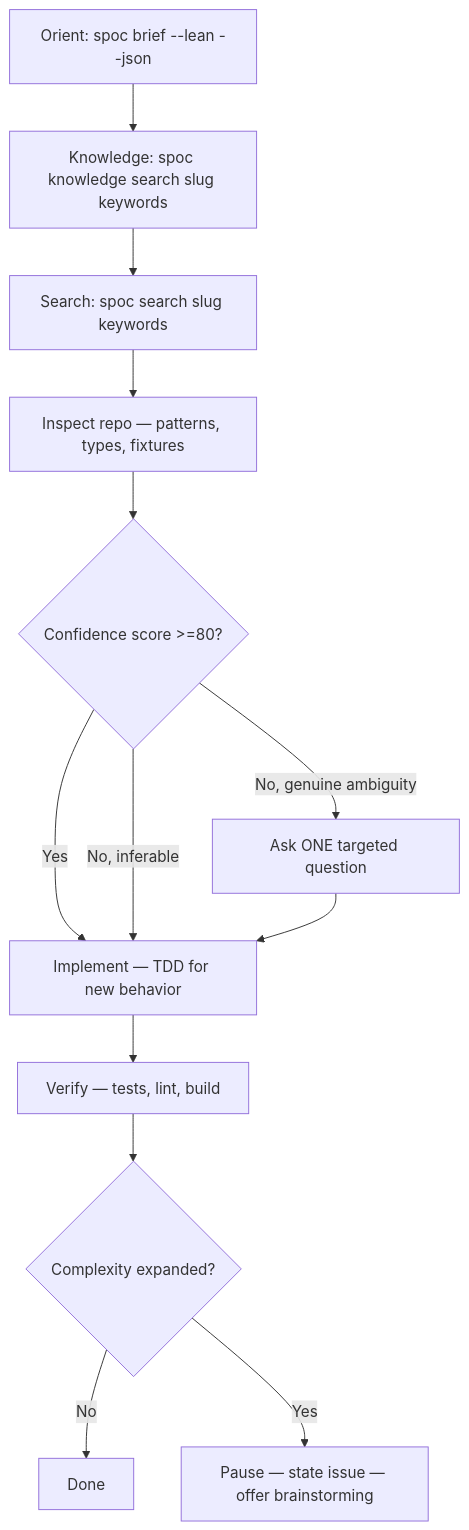
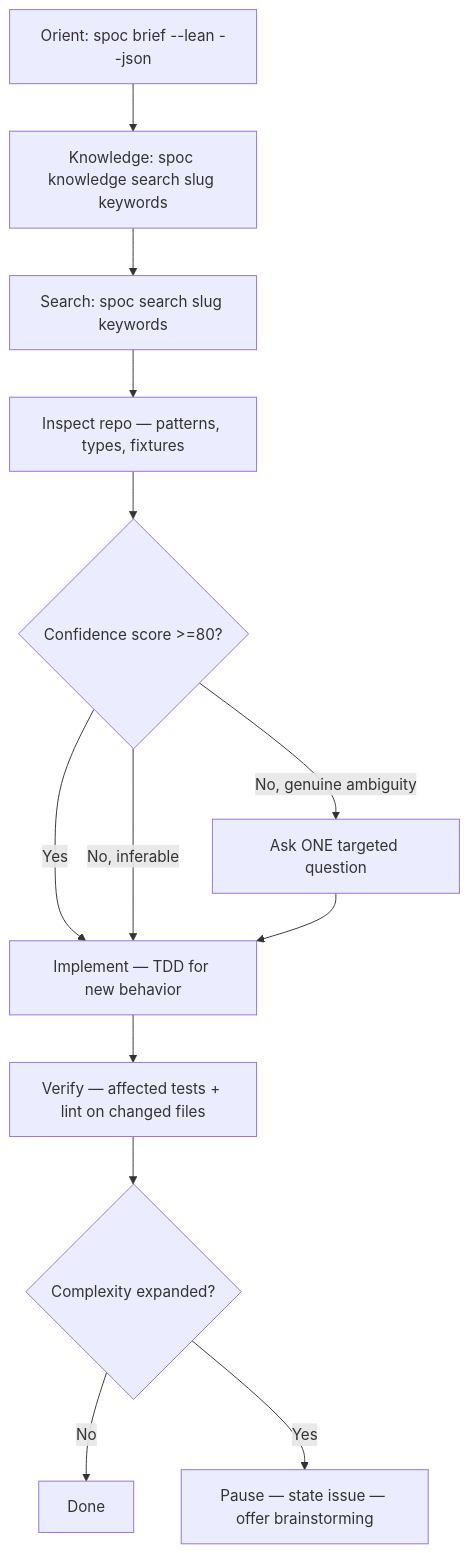
One commit to rryando/SPOC changed the diagram in opencode/spoc/skills/code-agent/SKILL.md. Above: the diagram before and after it, drawn with Mermaid. The commit also changed other lines of this file and 18 other files, not shown here.

````diff
--- a/opencode/spoc/skills/code-agent/SKILL.md
+++ b/opencode/spoc/skills/code-agent/SKILL.md
@@ -14,15 +14,15 @@
 ```mermaid
 flowchart TD
     A[Orient: spoc brief --lean --json] --> K[Knowledge: spoc knowledge search slug keywords]
     K --> B[Search: spoc search slug keywords]
     B --> C[Inspect repo — patterns, types, fixtures]
     C --> D{Confidence score >=80?}
     D -->|Yes| E[Implement — TDD for new behavior]
     D -->|No, inferable| E
     D -->|No, genuine ambiguity| F[Ask ONE targeted question]
     F --> E
-    E --> G[Verify — tests, lint, build]
+    E --> G[Verify — affected tests + lint on changed files]
     G --> H{Complexity expanded?}
     H -->|No| I[Done]
     H -->|Yes| J[Pause — state issue — offer brainstorming]
 ```
````
